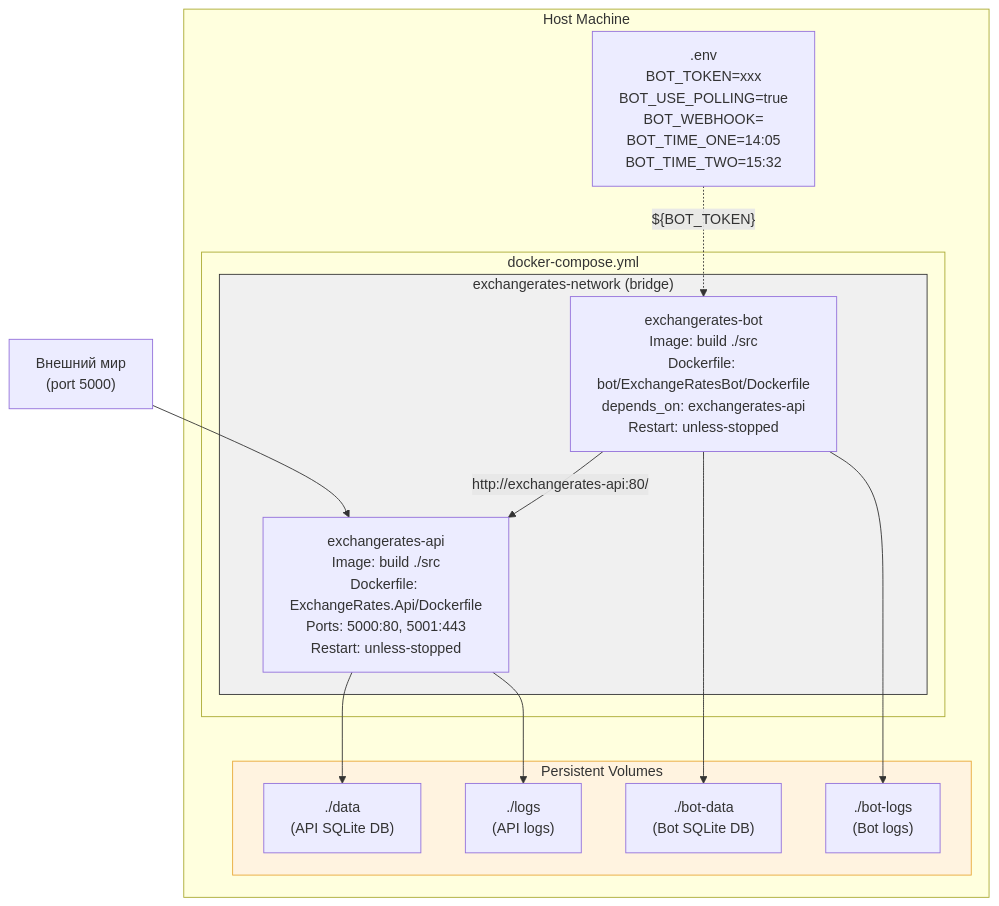
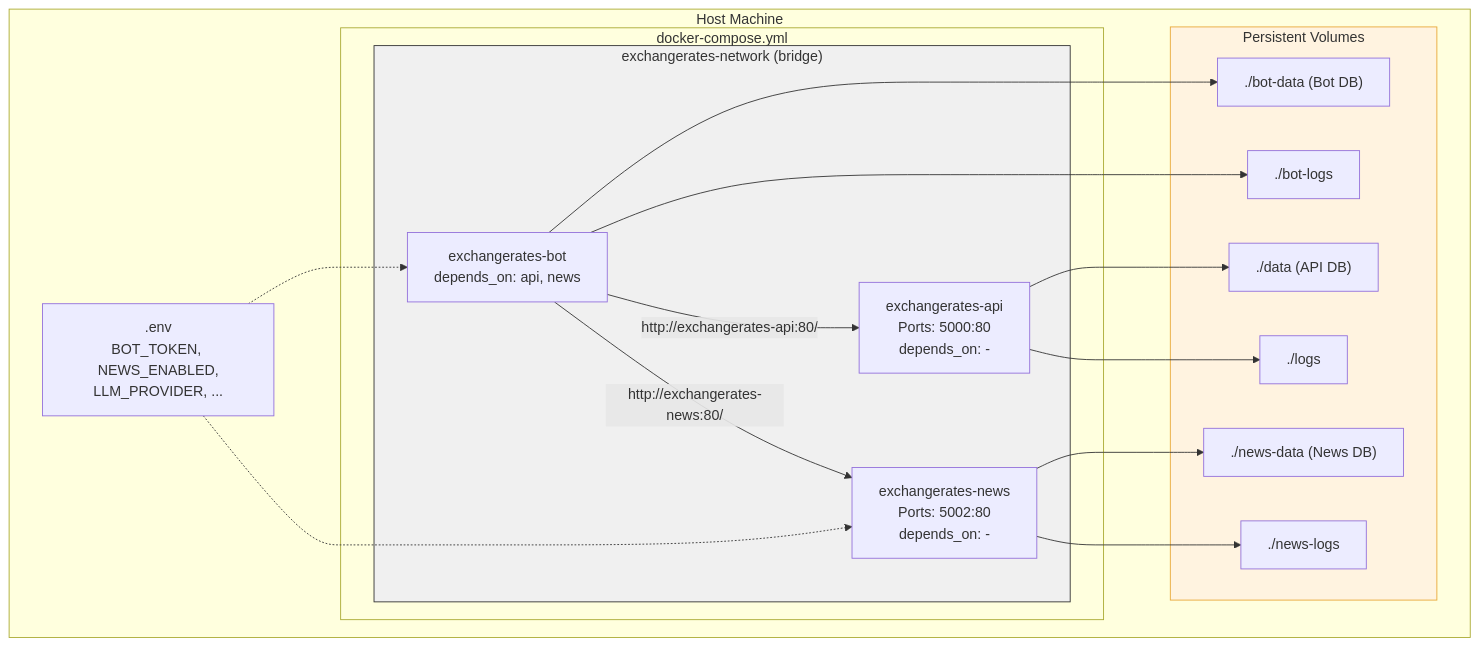
Before and after one commit to Jenausmax/ExchangeRates.Api: diagram 19 of 20 in doc/architecture.md, drawn with Mermaid. The commit also changed other lines of this file and 2 other files, not shown here.

````diff
--- a/doc/architecture.md
+++ b/doc/architecture.md
@@ -765,34 +955,37 @@
 ```mermaid
 graph TB
     subgraph Host["Host Machine"]
         subgraph DockerCompose["docker-compose.yml"]
             subgraph Network["exchangerates-network (bridge)"]
-                APIContainer["exchangerates-api<br/>Image: build ./src<br/>Dockerfile: ExchangeRates.Api/Dockerfile<br/>Ports: 5000:80, 5001:443<br/>Restart: unless-stopped"]
-
-                BotContainer["exchangerates-bot<br/>Image: build ./src<br/>Dockerfile: bot/ExchangeRatesBot/Dockerfile<br/>depends_on: exchangerates-api<br/>Restart: unless-stopped"]
+                APIContainer["exchangerates-api<br/>Ports: 5000:80<br/>depends_on: -"]
+                BotContainer["exchangerates-bot<br/>depends_on: api, news"]
+                NewsContainer["exchangerates-news<br/>Ports: 5002:80<br/>depends_on: -"]
             end
         end
 
         subgraph Volumes["Persistent Volumes"]
-            DataAPI["./data<br/>(API SQLite DB)"]
-            LogsAPI["./logs<br/>(API logs)"]
-            DataBot["./bot-data<br/>(Bot SQLite DB)"]
-            LogsBot["./bot-logs<br/>(Bot logs)"]
+            DataAPI["./data (API DB)"]
+            LogsAPI["./logs"]
+            DataBot["./bot-data (Bot DB)"]
+            LogsBot["./bot-logs"]
+            DataNews["./news-data (News DB)"]
+            LogsNews["./news-logs"]
         end
 
-        EnvFile[".env<br/>BOT_TOKEN=xxx<br/>BOT_USE_POLLING=true<br/>BOT_WEBHOOK=<br/>BOT_TIME_ONE=14:05<br/>BOT_TIME_TWO=15:32"]
+        EnvFile[".env<br/>BOT_TOKEN, NEWS_ENABLED,<br/>LLM_PROVIDER, ..."]
     end
-
-    External["Внешний мир<br/>(port 5000)"]
 
     APIContainer --> DataAPI
     APIContainer --> LogsAPI
     BotContainer --> DataBot
     BotContainer --> LogsBot
-    EnvFile -.->|"${BOT_TOKEN}"| BotContainer
-    External --> APIContainer
+    NewsContainer --> DataNews
+    NewsContainer --> LogsNews
+    EnvFile -.-> BotContainer
+    EnvFile -.-> NewsContainer
     BotContainer -->|"http://exchangerates-api:80/"| APIContainer
+    BotContainer -->|"http://exchangerates-news:80/"| NewsContainer
 
     style Network fill:#f0f0f0,stroke:#333
     style Volumes fill:#fff3e0,stroke:#e8a838
 ```
````
